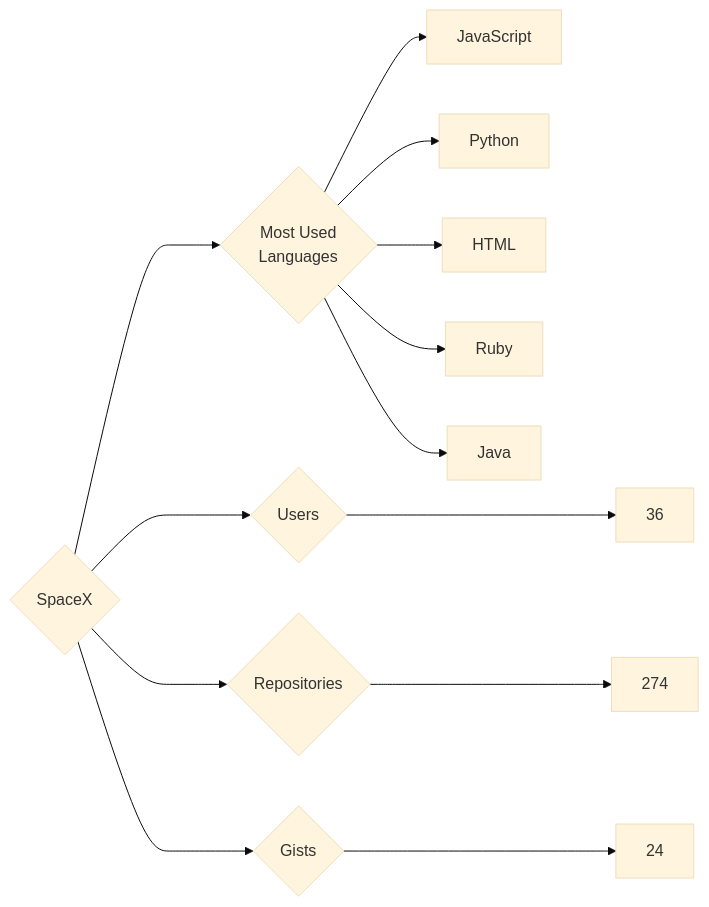
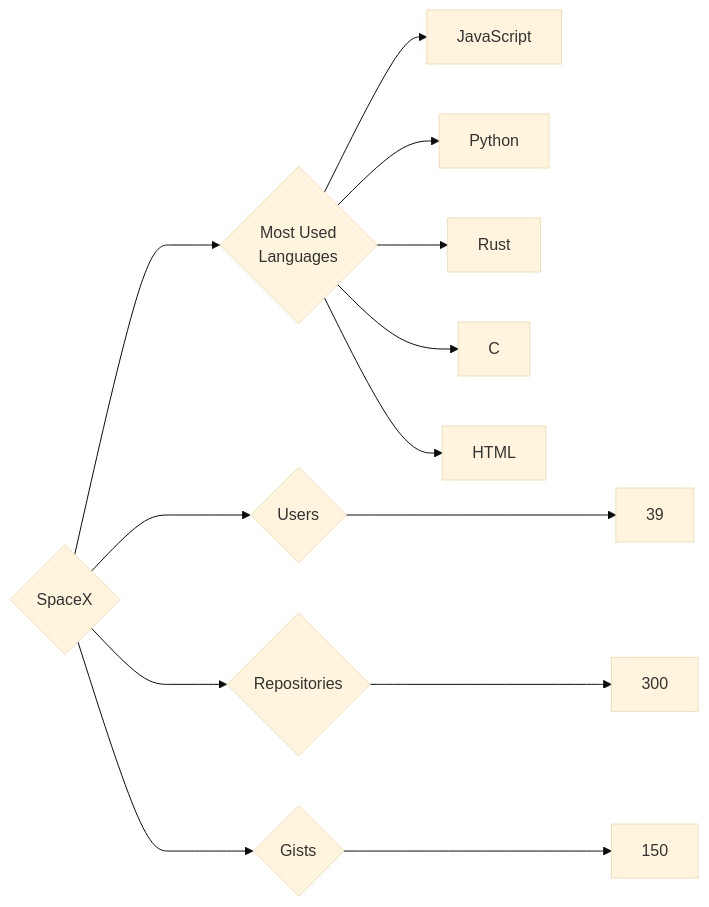
One commit to trickest/insiders changed the diagram in targets/SpaceX/README.md. Above: the diagram before and after it, drawn with Mermaid (base theme). The commit also changed 877 other files, not shown here.

````diff
--- a/targets/SpaceX/README.md
+++ b/targets/SpaceX/README.md
@@ -3,13 +3,13 @@
 ```mermaid
 graph LR
 COMPANY_NAME{SpaceX}
-COMPANY_NAME ---> U{Users} ---> UN[36]
-COMPANY_NAME ---> R{Repositories} ---> RN[274]
-COMPANY_NAME ---> G{Gists} ---> GN[24]
+COMPANY_NAME ---> U{Users} ---> UN[39]
+COMPANY_NAME ---> R{Repositories} ---> RN[300]
+COMPANY_NAME ---> G{Gists} ---> GN[150]
 COMPANY_NAME ---> ML{Most Used<br>Languages}
 ML --> JavaScript[JavaScript]
 ML --> Python[Python]
+ML --> Rust[Rust]
+ML --> C[C]
 ML --> HTML[HTML]
-ML --> Ruby[Ruby]
-ML --> Java[Java]
 ```
````
